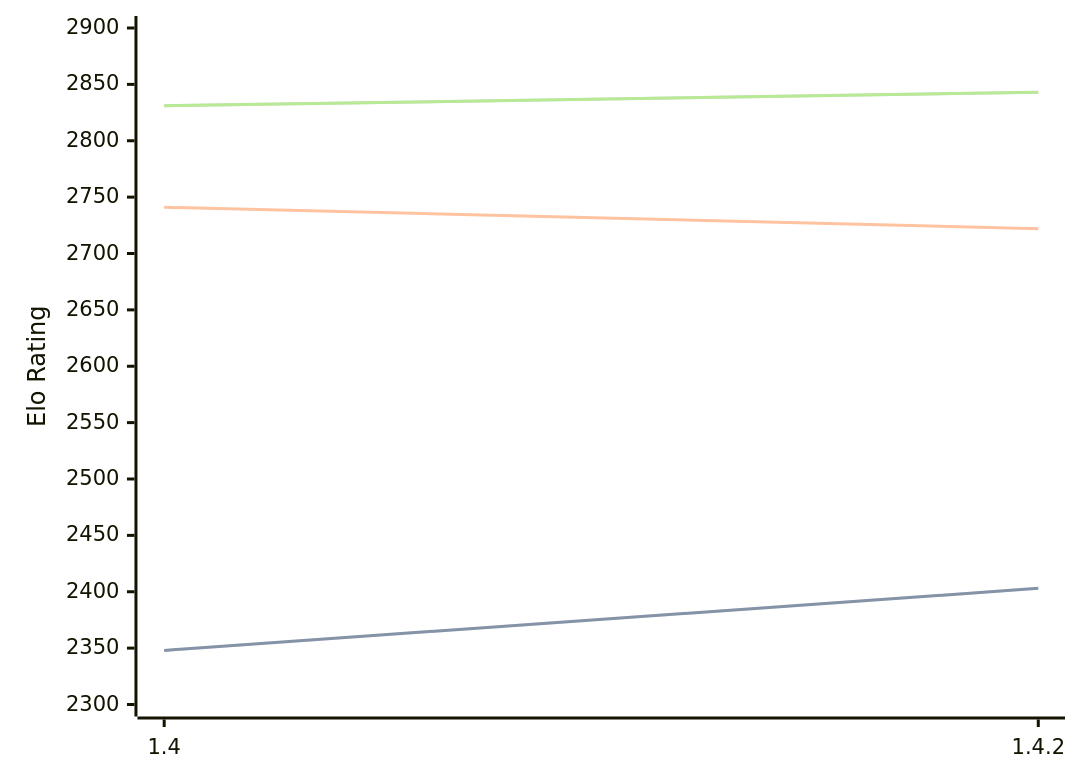
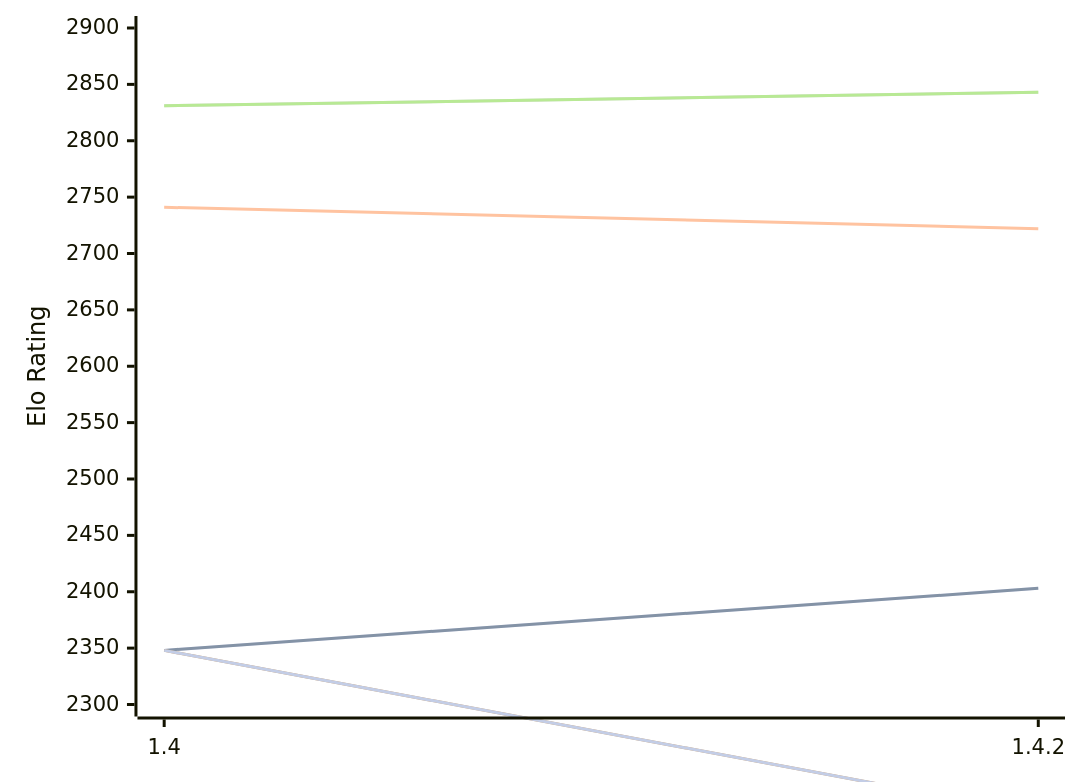
One commit to computer-chess-index/cci changed the diagram in engines/Spike.md. Above: the diagram before and after it, drawn with Mermaid. The commit also changed other lines of this file, not shown here.

Commit message:
Update CCI Ratings (ELO VLTC) - 2026-10-11

````diff
--- a/engines/Spike.md
+++ b/engines/Spike.md
@@ -48,16 +48,13 @@
 ```mermaid
 %%{init: {"theme":"base","themeVariables":{"seriesColors:['#a3a3a3','#222221','#faa371']}}}%%
 xychart-beta
   x-axis ["1.4", "1.4.2"]
   y-axis "Elo Rating" 2300 --> 2900
   line "" [2348, 2403]
   line "T1: STC (8.0+0.08s)" [2348, 2403]
   line "T1: LTC (60.0+0.60s)" [2741, 2722]
   line "" [2831, 2843]
   line "T1: VLTC (2m24s+1.12s)" [2831, 2843]
-  line "" [2195]
-  line "E1: STC (8.0+0.08s)" [2195]
-  line "E1: LTC (60.0+0.60s)" [2645]
-  line "" [2792]
-  line "E1: VLTC (2m24s+1.12s)" [2792]
+  line "" [2348,2203]
+  line "E1: STC (8.0+0.08s)" [2348,2203]
 ```
````
